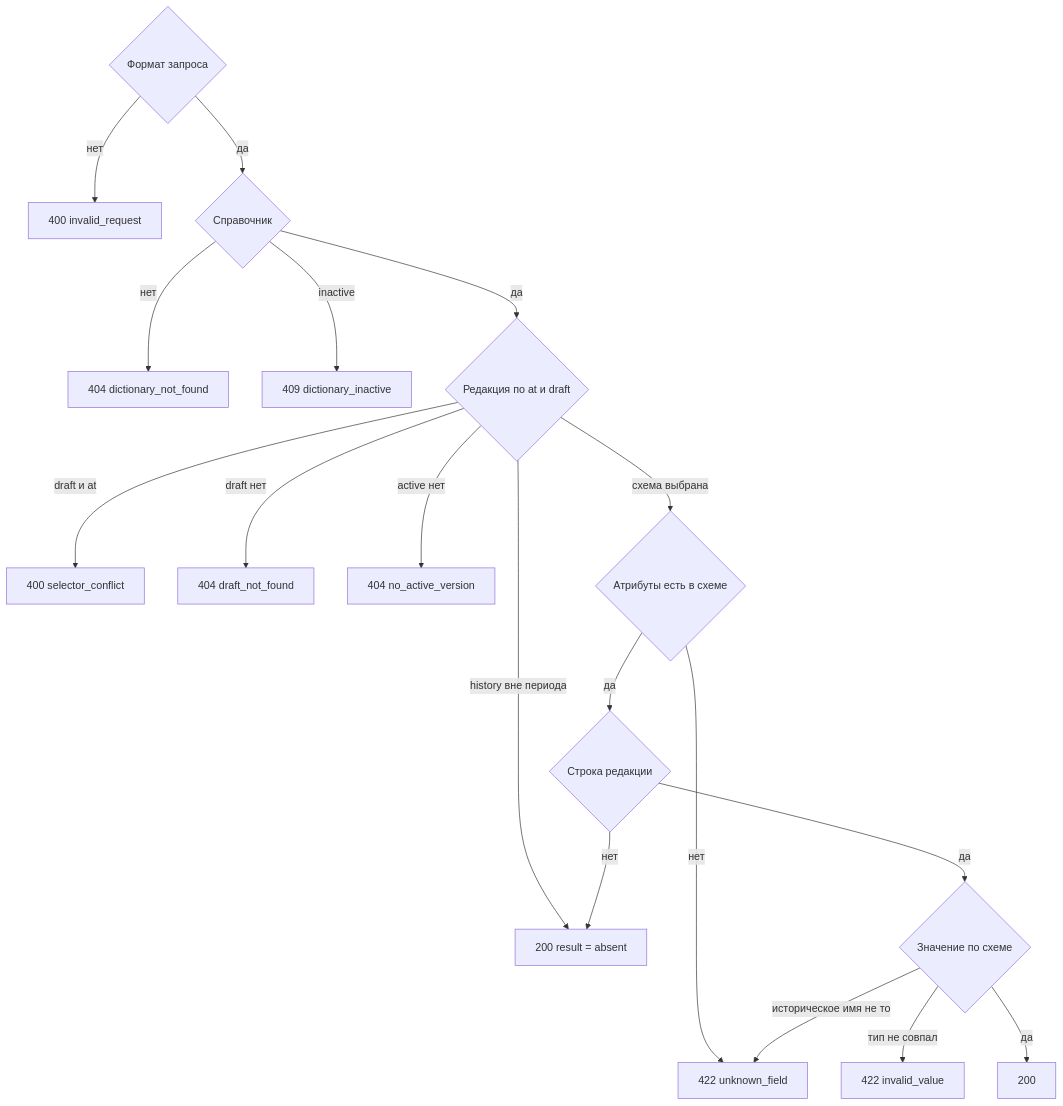
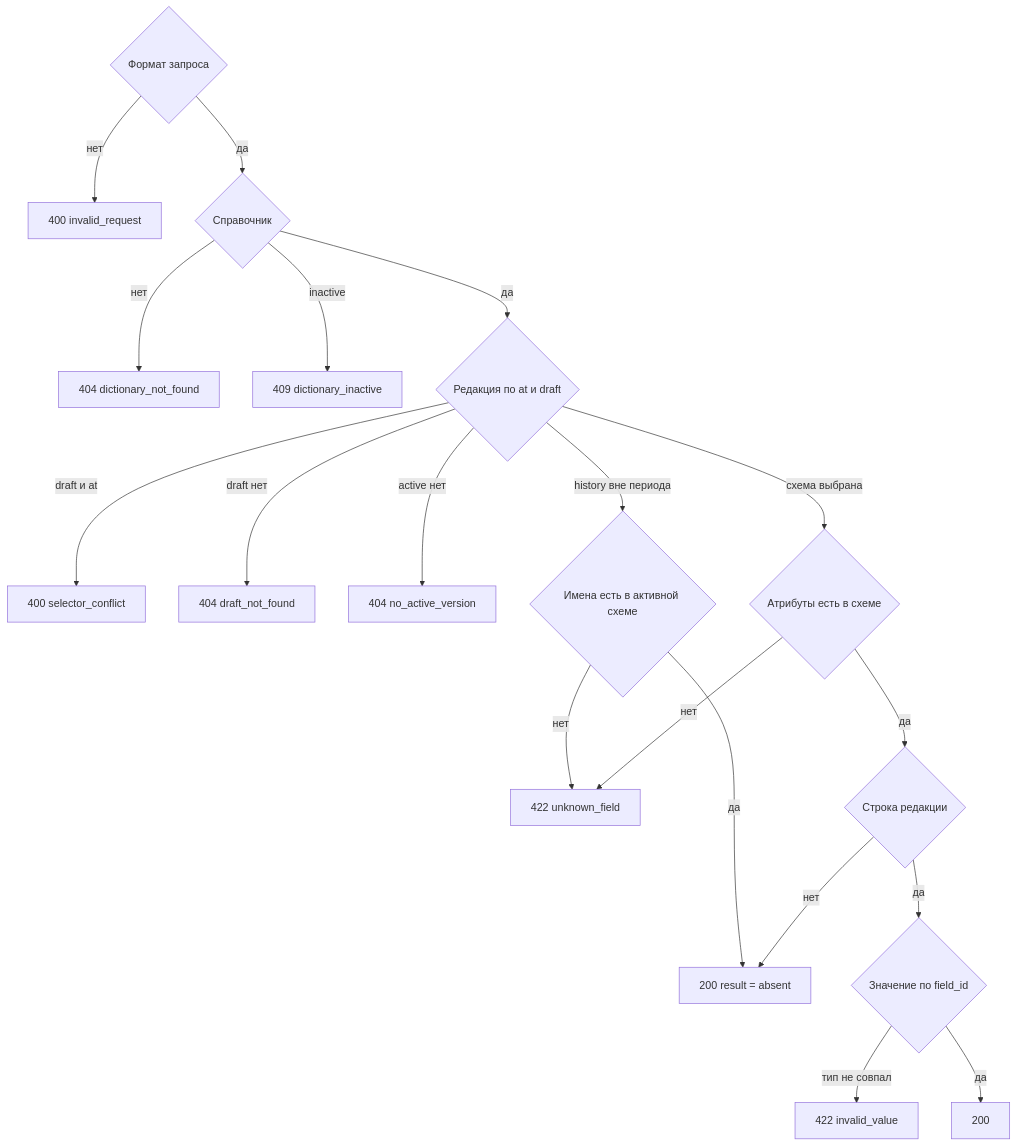
Before and after one commit to StrannikE95/reference_data: the diagram in docs/1. functional/specification/v2 - 1 таблица/api/service.api/DataController/get_value.md, drawn with Mermaid. The commit also changed other lines of this file and 14 other files, not shown here.

````diff
--- a/docs/1. functional/specification/v2 - 1 таблица/api/service.api/DataController/get_value.md
+++ b/docs/1. functional/specification/v2 - 1 таблица/api/service.api/DataController/get_value.md
@@ -115,20 +119,21 @@
 ```mermaid
 flowchart TD
   fmt{"Формат запроса"} -->|нет| bad["400 invalid_request"]
   fmt -->|да| dict{"Справочник"}
   dict -->|нет| miss["404 dictionary_not_found"]
   dict -->|inactive| off["409 dictionary_inactive"]
   dict -->|да| ed{"Редакция по at и draft"}
   ed -->|draft и at| conf["400 selector_conflict"]
   ed -->|draft нет| noDraft["404 draft_not_found"]
   ed -->|active нет| noAct["404 no_active_version"]
-  ed -->|history вне периода| abs["200 result = absent"]
+  ed -->|history вне периода| attrsOut{"Имена есть в активной схеме"}
+  attrsOut -->|нет| unk["422 unknown_field"]
+  attrsOut -->|да| abs["200 result = absent"]
   ed -->|схема выбрана| attrs{"Атрибуты есть в схеме"}
-  attrs -->|нет| unk["422 unknown_field"]
+  attrs -->|нет| unk
   attrs -->|да| row{"Строка редакции"}
   row -->|нет| abs
-  row -->|да| built{"Значение по схеме"}
+  row -->|да| built{"Значение по field_id"}
   built -->|тип не совпал| badType["422 invalid_value"]
-  built -->|историческое имя не то| unk
   built -->|да| ok["200"]
 ```
````
